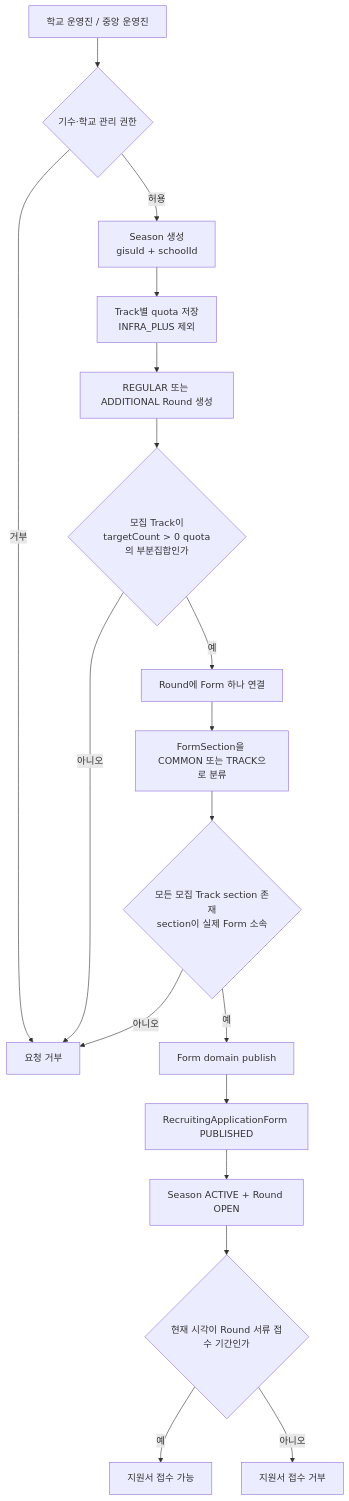
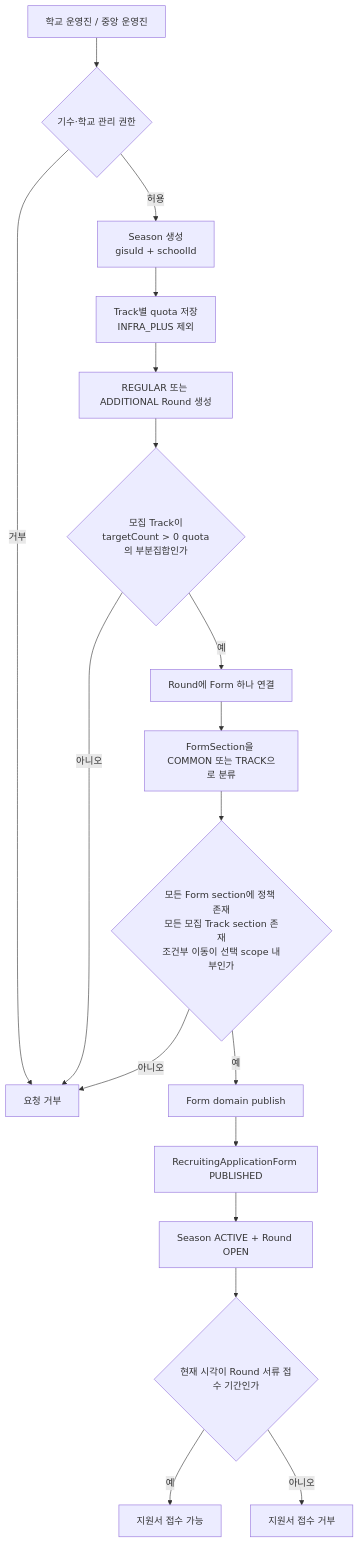
One commit to UMC-PRODUCT/cygnus-server changed the third of 11 diagrams in docs/onboarding/domain/recruiting-diagrams.md. Above: the diagram before and after it, drawn with Mermaid. The commit also changed other lines of this file and 3 other files, not shown here.

Commit message:
docs: update recruiting anonymous application flow

````diff
--- a/docs/onboarding/domain/recruiting-diagrams.md
+++ b/docs/onboarding/domain/recruiting-diagrams.md
@@ -158,20 +159,20 @@
 ```mermaid
 flowchart TD
     Actor["학교 운영진 / 중앙 운영진"] --> Auth{"기수·학교 관리 권한"}
     Auth -->|"거부"| Denied["요청 거부"]
     Auth -->|"허용"| Season["Season 생성<br/>gisuId + schoolId"]
     Season --> Quota["Track별 quota 저장<br/>INFRA_PLUS 제외"]
     Quota --> Round["REGULAR 또는 ADDITIONAL Round 생성"]
     Round --> TrackCheck{"모집 Track이<br/>targetCount > 0 quota의 부분집합인가"}
     TrackCheck -->|"아니오"| Denied
     TrackCheck -->|"예"| Link["Round에 Form 하나 연결"]
     Link --> Policy["FormSection을 COMMON 또는 TRACK으로 분류"]
-    Policy --> PublishCheck{"모든 모집 Track section 존재<br/>section이 실제 Form 소속"}
+    Policy --> PublishCheck{"모든 Form section에 정책 존재<br/>모든 모집 Track section 존재<br/>조건부 이동이 선택 scope 내부인가"}
     PublishCheck -->|"아니오"| Denied
     PublishCheck -->|"예"| PublishForm["Form domain publish"]
     PublishForm --> PublishRecruiting["RecruitingApplicationForm PUBLISHED"]
     PublishRecruiting --> Open["Season ACTIVE + Round OPEN"]
     Open --> Gate{"현재 시각이 Round 서류 접수 기간인가"}
     Gate -->|"예"| Accept["지원서 접수 가능"]
     Gate -->|"아니오"| Closed["지원서 접수 거부"]
 ```
````
